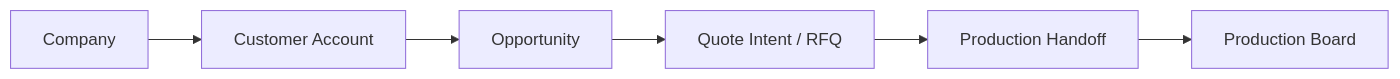
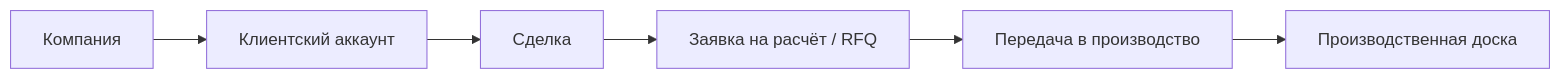
Before and after one commit to AntonMagon/MagonOS-Standalone: the diagram in docs/ru/visuals/project-map.md, drawn with Mermaid. The commit also changed other lines of this file and 179 other files, not shown here.

````diff
--- a/docs/ru/visuals/project-map.md
+++ b/docs/ru/visuals/project-map.md
@@ -7,8 +7,8 @@
 ```mermaid
 flowchart LR
-  Company["Company"] --> Customer["Customer Account"]
-  Customer --> Opportunity["Opportunity"]
-  Opportunity --> Quote["Quote Intent / RFQ"]
-  Quote --> Handoff["Production Handoff"]
-  Handoff --> Board["Production Board"]
+  Company["Компания"] --> Customer["Клиентский аккаунт"]
+  Customer --> Opportunity["Сделка"]
+  Opportunity --> Quote["Заявка на расчёт / RFQ"]
+  Quote --> Handoff["Передача в производство"]
+  Handoff --> Board["Производственная доска"]
 ```
````
